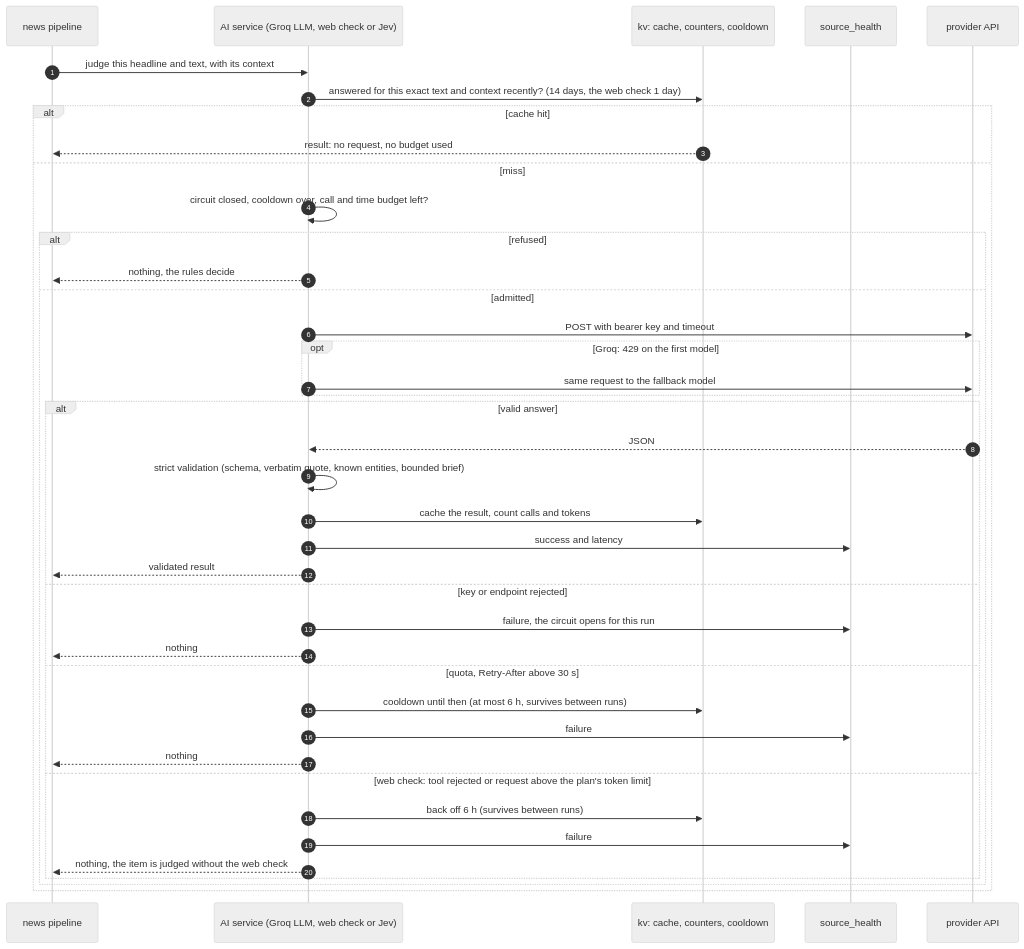
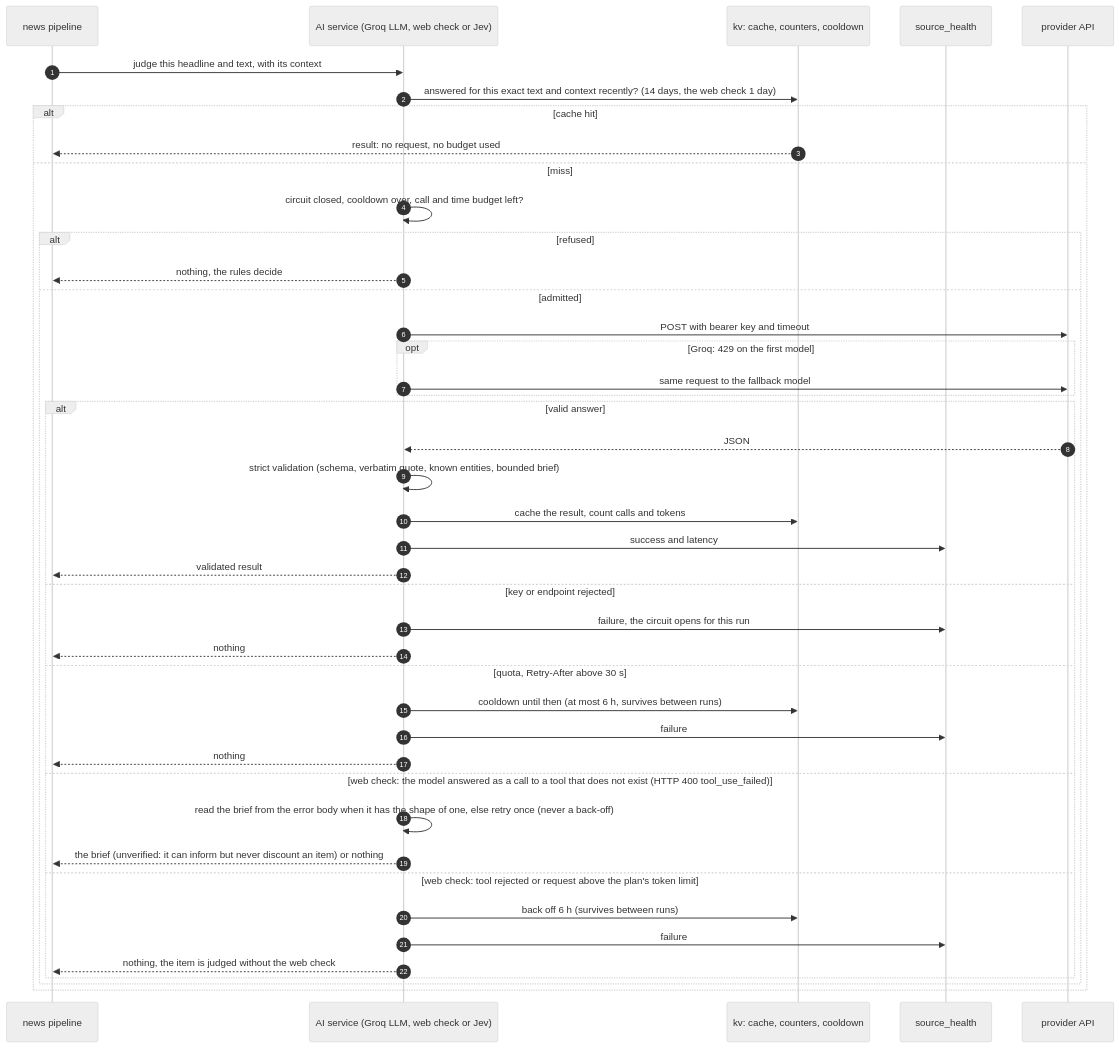
One commit to amansoni7477030/MonsterStock_AI changed the eighth of 20 diagrams in MONSTER-AI/docs/ARCHITECTURE.md. Above: the diagram before and after it, drawn with Mermaid (neutral theme). The commit also changed other lines of this file and 25 other files, not shown here.

````diff
--- a/MONSTER-AI/docs/ARCHITECTURE.md
+++ b/MONSTER-AI/docs/ARCHITECTURE.md
@@ -281,43 +281,46 @@
 ```mermaid
 sequenceDiagram
     autonumber
     participant P as news pipeline
     participant S as AI service (Groq LLM, web check or Jev)
     participant K as kv: cache, counters, cooldown
     participant H as source_health
     participant API as provider API
 
     P->>S: judge this headline and text, with its context
     S->>K: answered for this exact text and context recently? (14 days, the web check 1 day)
     alt cache hit
         K-->>P: result: no request, no budget used
     else miss
         S->>S: circuit closed, cooldown over, call and time budget left?
         alt refused
             S-->>P: nothing, the rules decide
         else admitted
             S->>API: POST with bearer key and timeout
             opt Groq: 429 on the first model
                 S->>API: same request to the fallback model
             end
             alt valid answer
                 API-->>S: JSON
                 S->>S: strict validation (schema, verbatim quote, known entities, bounded brief)
                 S->>K: cache the result, count calls and tokens
                 S->>H: success and latency
                 S-->>P: validated result
             else key or endpoint rejected
                 S->>H: failure, the circuit opens for this run
                 S-->>P: nothing
             else quota, Retry-After above 30 s
                 S->>K: cooldown until then (at most 6 h, survives between runs)
                 S->>H: failure
                 S-->>P: nothing
+            else web check: the model answered as a call to a tool that does not exist (HTTP 400 tool_use_failed)
+                S->>S: read the brief from the error body when it has the shape of one, else retry once (never a back-off)
+                S-->>P: the brief (unverified: it can inform but never discount an item) or nothing
             else web check: tool rejected or request above the plan's token limit
                 S->>K: back off 6 h (survives between runs)
                 S->>H: failure
                 S-->>P: nothing, the item is judged without the web check
             end
         end
     end
 ```
````
